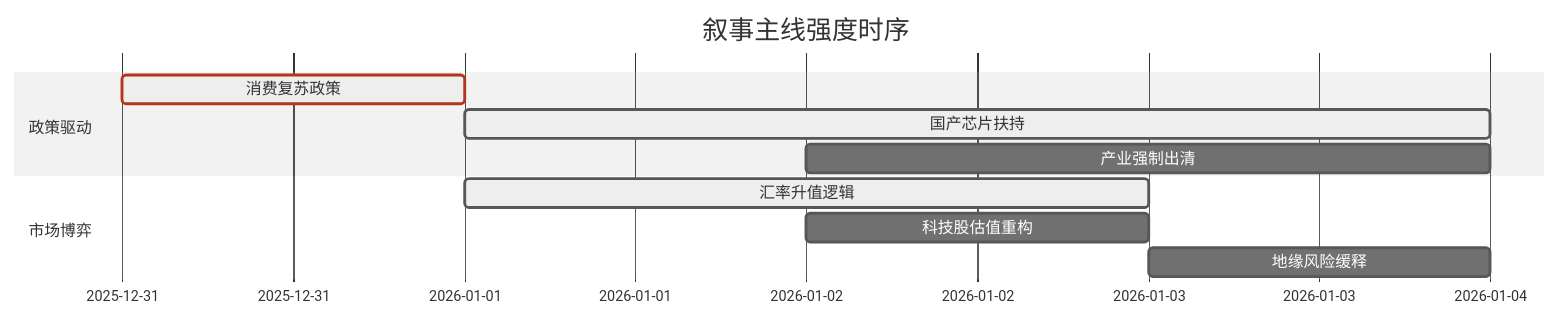
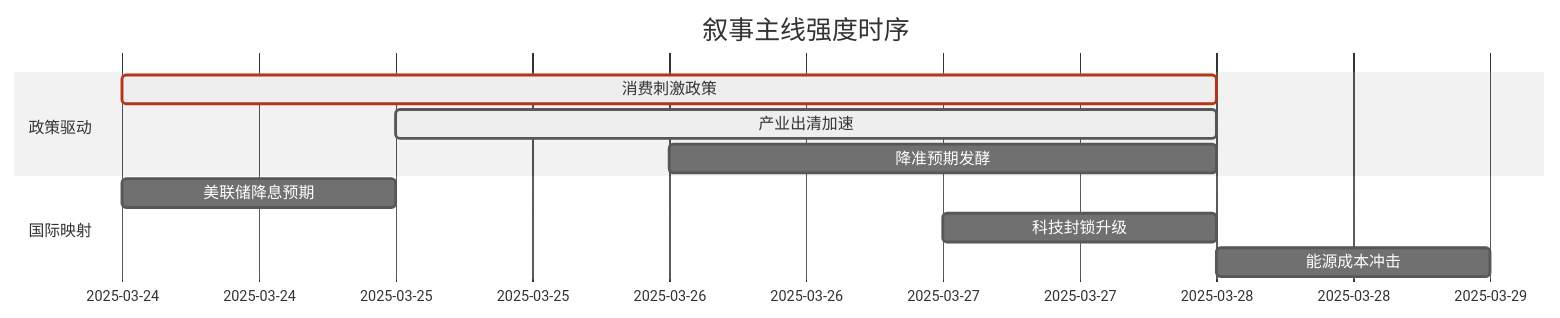
One commit to uu5zn/uu5zn.github.io changed the diagram in 5day_report.md. Above: the diagram before and after it, drawn with Mermaid (neutral theme). The commit also changed other lines of this file and 1 other file, not shown here.

````diff
--- a/5day_report.md
+++ b/5day_report.md
@@ -51,14 +56,14 @@
 ```mermaid
 gantt
     title 叙事主线强度时序
     dateFormat  YYYY-MM-DD
     section 政策驱动
-    消费复苏政策   :crit, active, 2025-12-31, 1d
-    国产芯片扶持   :active, 2026-01-01, 3d
-    产业强制出清   :2026-01-02, 2d
+    消费刺激政策   :crit, active, 2025-03-24, 4d
+    产业出清加速   :active, 2025-03-25, 3d
+    降准预期发酵   :2025-03-26, 2d
     
-    section 市场博弈
-    汇率升值逻辑   :active, 2026-01-01, 2d
-    科技股估值重构 :2026-01-02, 1d
-    地缘风险缓释   :2026-01-03, 1d
+    section 国际映射
+    美联储降息预期   :2025-03-24, 1d
+    科技封锁升级   :2025-03-27, 1d
+    能源成本冲击   :2025-03-28, 1d
 ```
````
